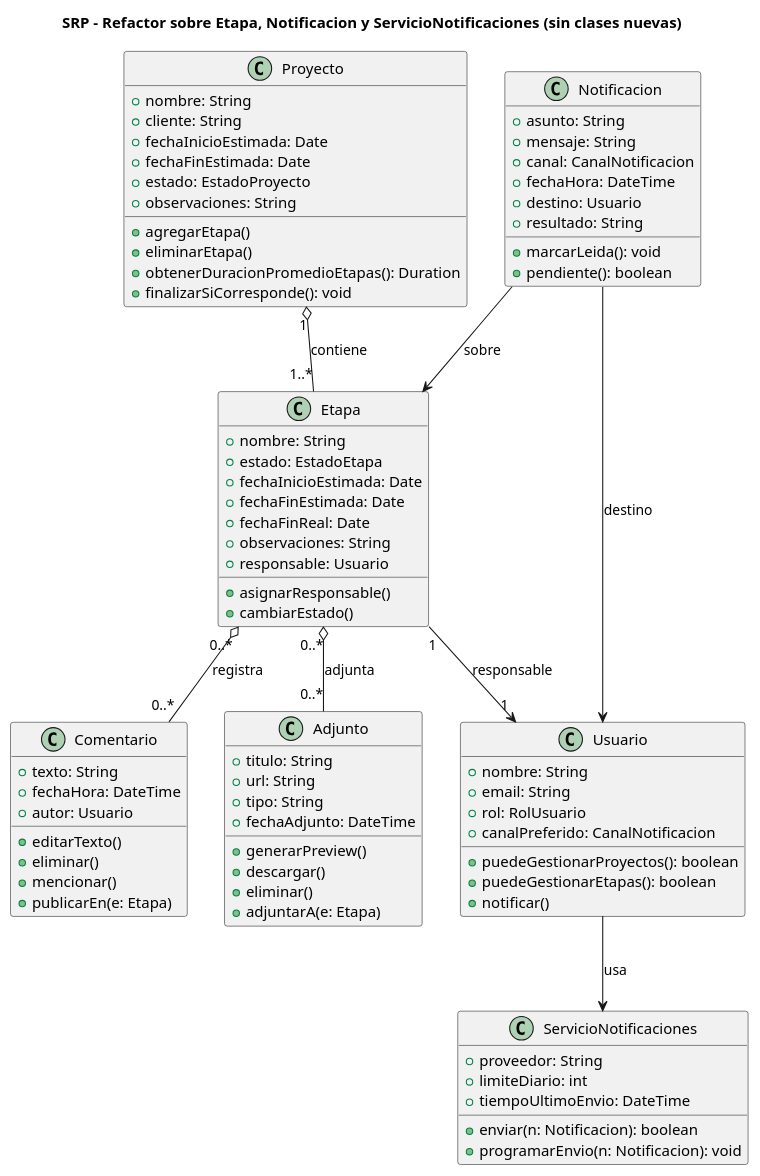
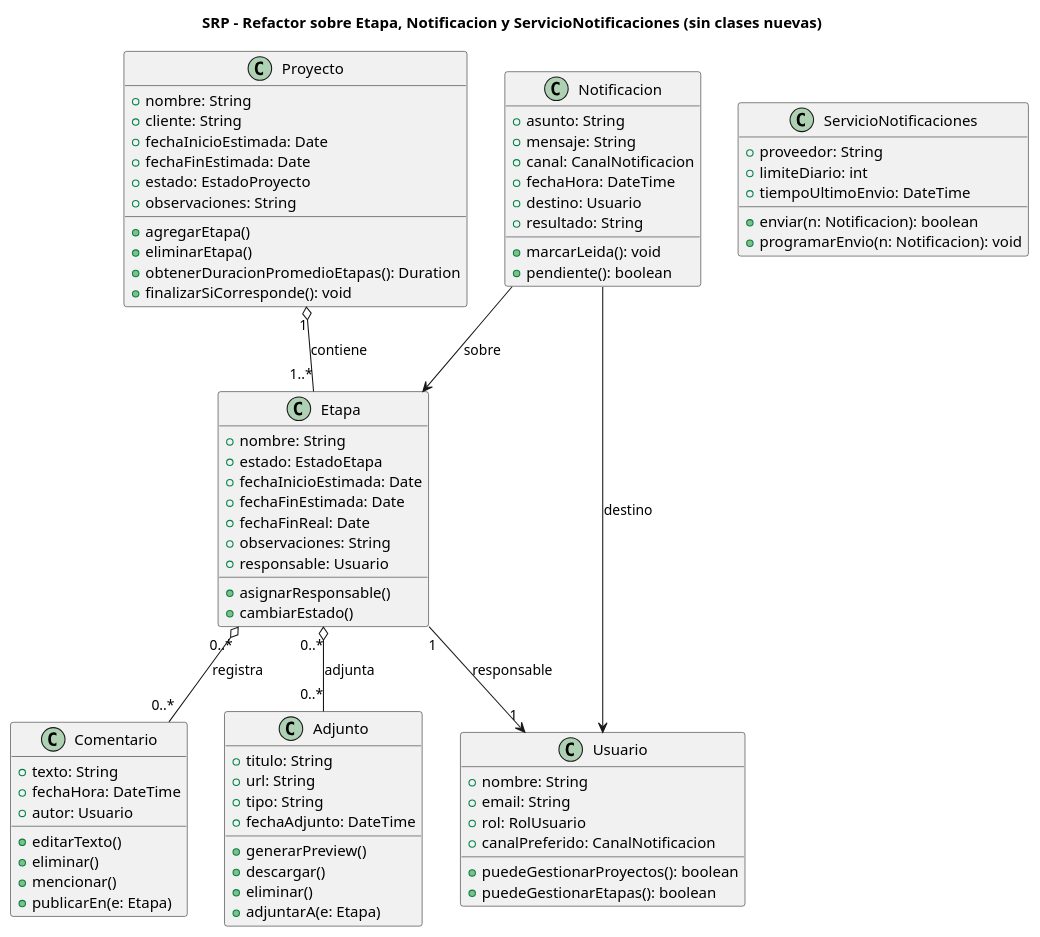
One commit to dantebiondi666-prog/SistemaProductoraVideos changed the diagram in diagramas/01-diagrama-clases/01-solid-01-srp.puml. Above: the diagram before and after it, drawn with PlantUML. The commit also changed 3 other files, not shown here.

Commit message:
correccion de diagrama srp, agrego parrafo explicativo de principios SOLID

```diff
--- a/diagramas/01-diagrama-clases/01-solid-01-srp.puml
+++ b/diagramas/01-diagrama-clases/01-solid-01-srp.puml
@@ -1,94 +1,92 @@
 @startuml SRP
 title SRP – Refactor sobre Etapa, Notificacion y ServicioNotificaciones (sin clases nuevas)
 
 class Proyecto {
   + nombre: String
   + cliente: String
   + fechaInicioEstimada: Date
   + fechaFinEstimada: Date
   + estado: EstadoProyecto
   + observaciones: String
   + agregarEtapa()
   + eliminarEtapa()
   + obtenerDuracionPromedioEtapas(): Duration
   + finalizarSiCorresponde(): void
 }
 
 class Etapa {
   + nombre: String
   + estado: EstadoEtapa
   + fechaInicioEstimada: Date
   + fechaFinEstimada: Date
   + fechaFinReal: Date
   + observaciones: String
   + responsable: Usuario
   + asignarResponsable()
   + cambiarEstado()
   ' ANTES: + agregarComentario()
   ' ANTES: + adjuntar()
   ' DESPUÉS (SRP): la vinculación documental se hace desde Comentario/Adjunto
 }
 
 class Usuario {
   + nombre: String
   + email: String
   + rol: RolUsuario
   + canalPreferido: CanalNotificacion
   + puedeGestionarProyectos(): boolean
   + puedeGestionarEtapas(): boolean
-  + notificar()
 }
 
 class Comentario {
   + texto: String
   + fechaHora: DateTime
   + autor: Usuario
   + editarTexto()
   + eliminar()
   + mencionar()
   ' DESPUÉS (SRP):
   + publicarEn(e: Etapa)
 }
 
 class Adjunto {
   + titulo: String
   + url: String
   + tipo: String
   + fechaAdjunto: DateTime
   + generarPreview()
   + descargar()
   + eliminar()
   ' DESPUÉS (SRP):
   + adjuntarA(e: Etapa)
 }
 
 class Notificacion {
   + asunto: String
   + mensaje: String
   + canal: CanalNotificacion
   + fechaHora: DateTime
   + destino: Usuario
   + resultado: String
   + marcarLeida(): void
   + pendiente(): boolean
   ' ANTES: + programarEnvio(): void
   ' DESPUÉS (SRP): compone contenido/destino; no agenda envíos
 }
 
 class ServicioNotificaciones {
   + proveedor: String
   + limiteDiario: int
   + tiempoUltimoEnvio: DateTime
   + enviar(n: Notificacion): boolean
   ' DESPUÉS (SRP):
   + programarEnvio(n: Notificacion): void
 }
 
 Proyecto "1" o-- "1..*" Etapa : contiene
 Etapa "0..*" o-- "0..*" Comentario : registra
 Etapa "0..*" o-- "0..*" Adjunto : adjunta
 Etapa "1" --> "1" Usuario : responsable
 Notificacion --> Usuario : destino
 Notificacion --> Etapa : sobre
-Usuario --> ServicioNotificaciones : «usa»
 @enduml
```
